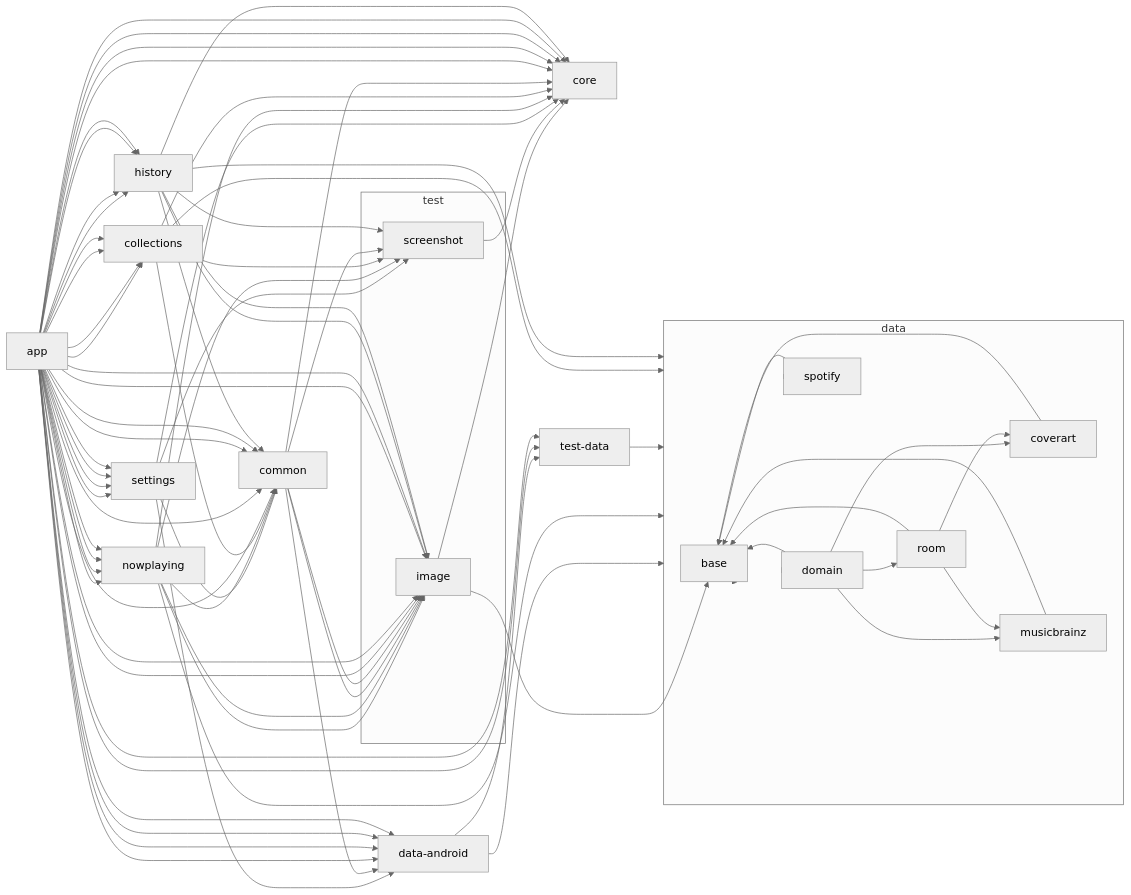
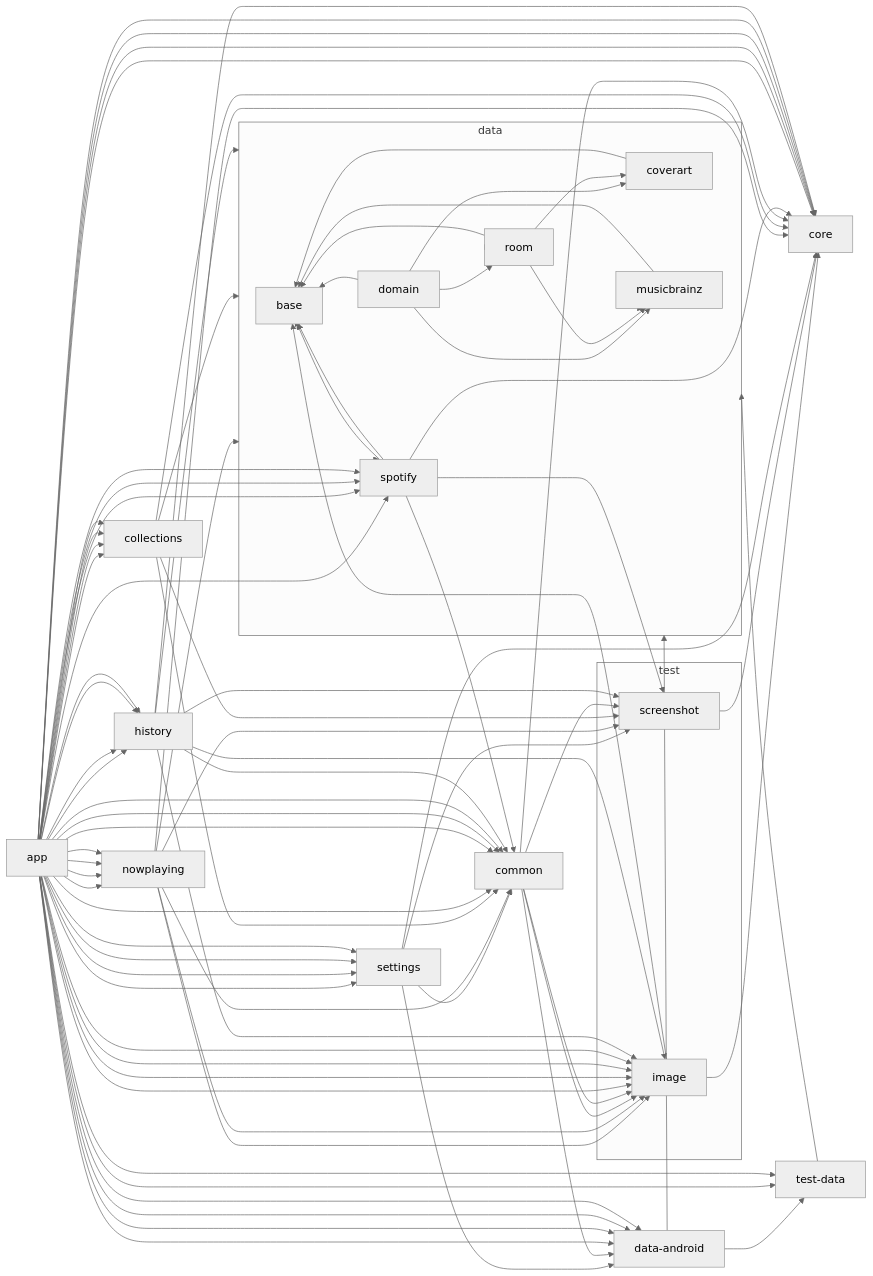
Before and after one commit to lydavid/MusicSearch: the diagram in README.md, drawn with Mermaid.

Commit message:
chore: update module graph [skip ci]

```diff
--- a/README.md
+++ b/README.md
@@ -103,6 +103,10 @@
   common --> image
   common --> image
   common --> screenshot
+  spotify --> base
+  spotify --> core
+  spotify --> common
+  spotify --> screenshot
   app --> test-data
   app --> data-android
   app --> common
@@ -112,6 +116,7 @@
   app --> image
   app --> nowplaying
   app --> settings
+  app --> spotify
   app --> data-android
   app --> common
   app --> core
@@ -120,6 +125,7 @@
   app --> image
   app --> nowplaying
   app --> settings
+  app --> spotify
   app --> data-android
   app --> common
   app --> core
@@ -128,6 +134,7 @@
   app --> image
   app --> nowplaying
   app --> settings
+  app --> spotify
   app --> data-android
   app --> common
   app --> core
@@ -136,6 +143,7 @@
   app --> image
   app --> nowplaying
   app --> settings
+  app --> spotify
   app --> test-data
   coverart --> base
   history --> data
```
